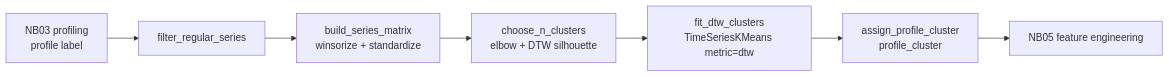
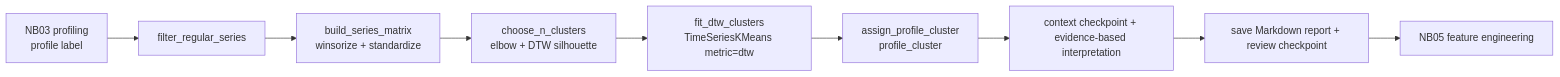
Before and after one commit to mmbellani/time-series-forecasting-accelerator-agent: the diagram in .github/skills/clustering-dtw/SKILL.md, drawn with Mermaid. The commit also changed other lines of this file and 30 other files, not shown here.

````diff
--- a/.github/skills/clustering-dtw/SKILL.md
+++ b/.github/skills/clustering-dtw/SKILL.md
@@ -42,8 +42,11 @@
 ```mermaid
 flowchart LR
     A[NB03 profiling<br/>profile label] --> B[filter_regular_series]
     B --> C[build_series_matrix<br/>winsorize + standardize]
     C --> D[choose_n_clusters<br/>elbow + DTW silhouette]
     D --> E[fit_dtw_clusters<br/>TimeSeriesKMeans metric=dtw]
-    E --> F[assign_profile_cluster<br/>profile_cluster] --> G[NB05 feature engineering]
+    E --> F[assign_profile_cluster<br/>profile_cluster]
+    F --> H[context checkpoint + evidence-based interpretation]
+    H --> I[save Markdown report + review checkpoint]
+    I --> G[NB05 feature engineering]
 ```
````
